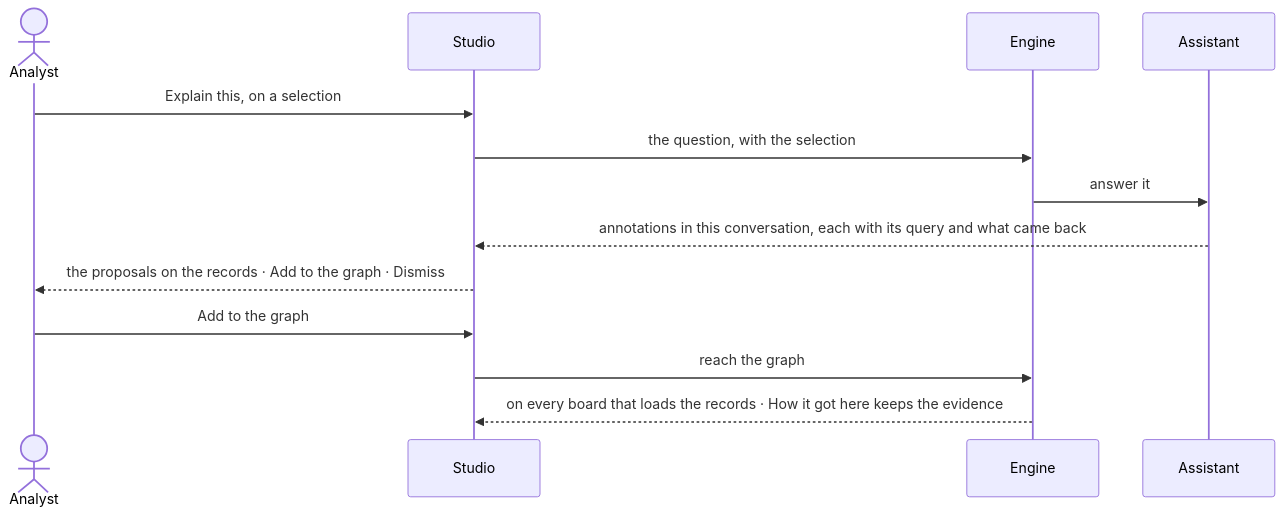
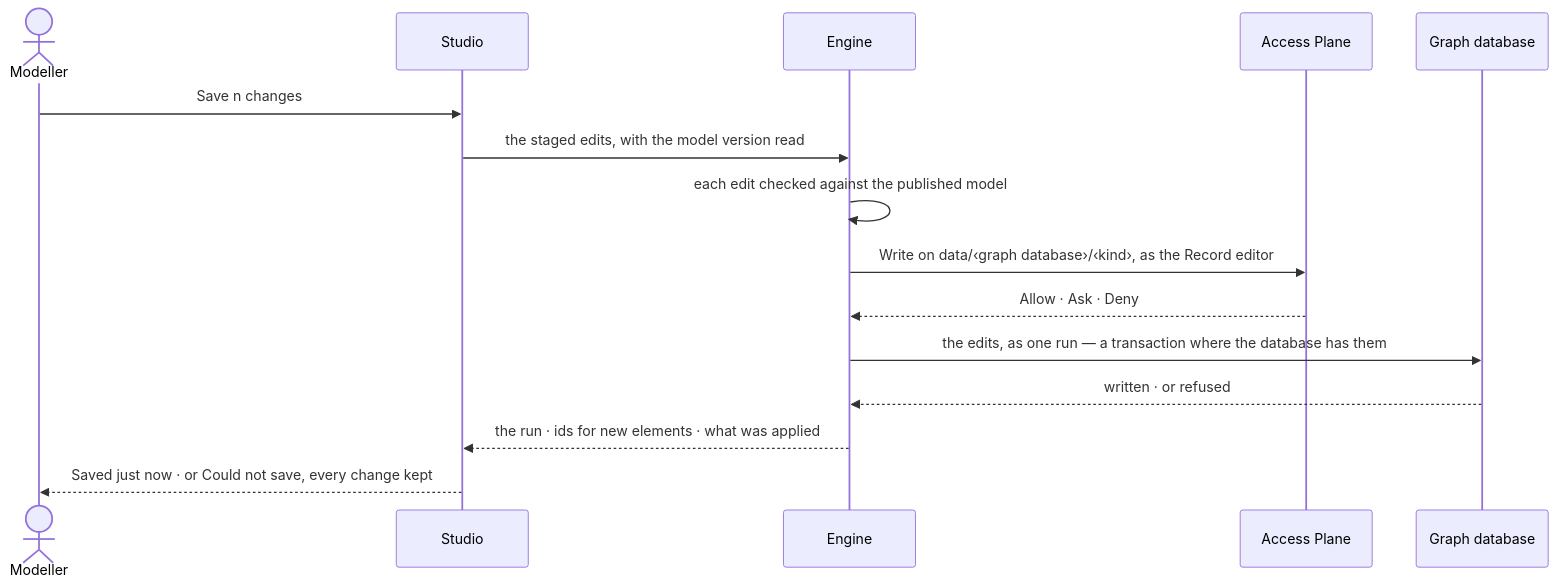
One commit to invana/invana changed the second of 2 diagrams in specs/capabilities/explore/features/EX-F06-annotate-and-edit-the-data/feature.md. Above: the diagram before and after it, drawn with Mermaid. The commit also changed other lines of this file and 522 other files, not shown here.

First line of the commit message:
feat(specs): specs-planes — Access, Control, Agents, Evidence and Ontology planes

````diff
--- a/specs/capabilities/explore/features/EX-F06-annotate-and-edit-the-data/feature.md
+++ b/specs/capabilities/explore/features/EX-F06-annotate-and-edit-the-data/feature.md
@@ -47,15 +44,17 @@
 ```mermaid
 sequenceDiagram
-  actor P as Analyst
+  actor P as Modeller
   participant S as Studio
   participant E as Engine
-  participant A as Assistant
-  P->>S: Explain this, on a selection
-  S->>E: the question, with the selection
-  E->>A: answer it
-  A-->>S: annotations in this conversation, each with its query and what came back
-  S-->>P: the proposals on the records · Add to the graph · Dismiss
-  P->>S: Add to the graph
-  S->>E: reach the graph
-  E-->>S: on every board that loads the records · How it got here keeps the evidence
+  participant X as Access Plane
+  participant G as Graph database
+  P->>S: Save n changes
+  S->>E: the staged edits, with the model version read
+  E->>E: each edit checked against the published model
+  E->>X: Write on data/‹graph database›/‹kind›, as the Record editor
+  X-->>E: Allow · Ask · Deny
+  E->>G: the edits, as one run — a transaction where the database has them
+  G-->>E: written · or refused
+  E-->>S: the run · ids for new elements · what was applied
+  S-->>P: Saved just now · or Could not save, every change kept
 ```
````
